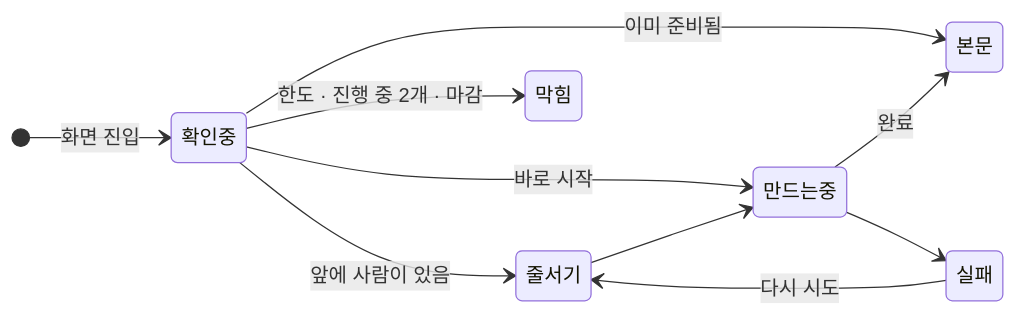
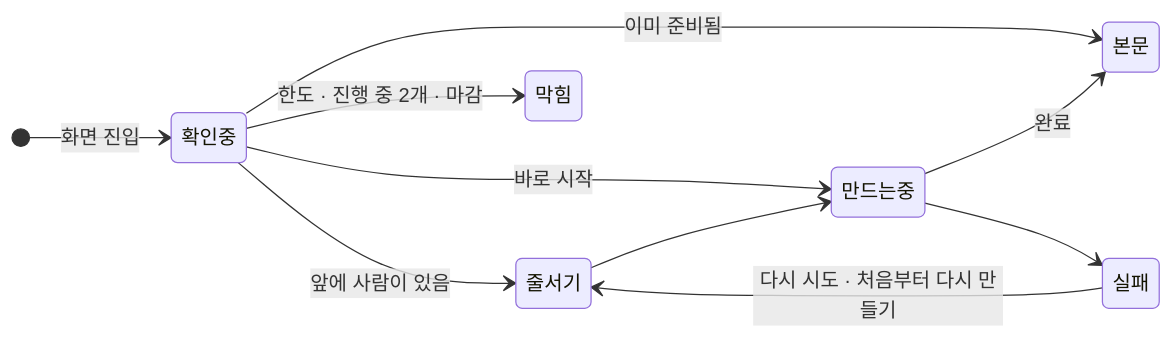
One commit to f-lab-edu/Mogum changed the second of 2 diagrams in docs/06-screens.md. Above: the diagram before and after it, drawn with Mermaid. The commit also changed other lines of this file and 11 other files, not shown here.

````diff
--- a/docs/06-screens.md
+++ b/docs/06-screens.md
@@ -405,13 +649,13 @@
 ```mermaid
 stateDiagram-v2
     direction LR
     [*] --> 확인중 : 화면 진입
     확인중 --> 본문 : 이미 준비됨
     확인중 --> 줄서기 : 앞에 사람이 있음
     확인중 --> 만드는중 : 바로 시작
     확인중 --> 막힘 : 한도 · 진행 중 2개 · 마감
     줄서기 --> 만드는중
     만드는중 --> 본문 : 완료
     만드는중 --> 실패
-    실패 --> 줄서기 : 다시 시도
+    실패 --> 줄서기 : 다시 시도 · 처음부터 다시 만들기
 ```
````
